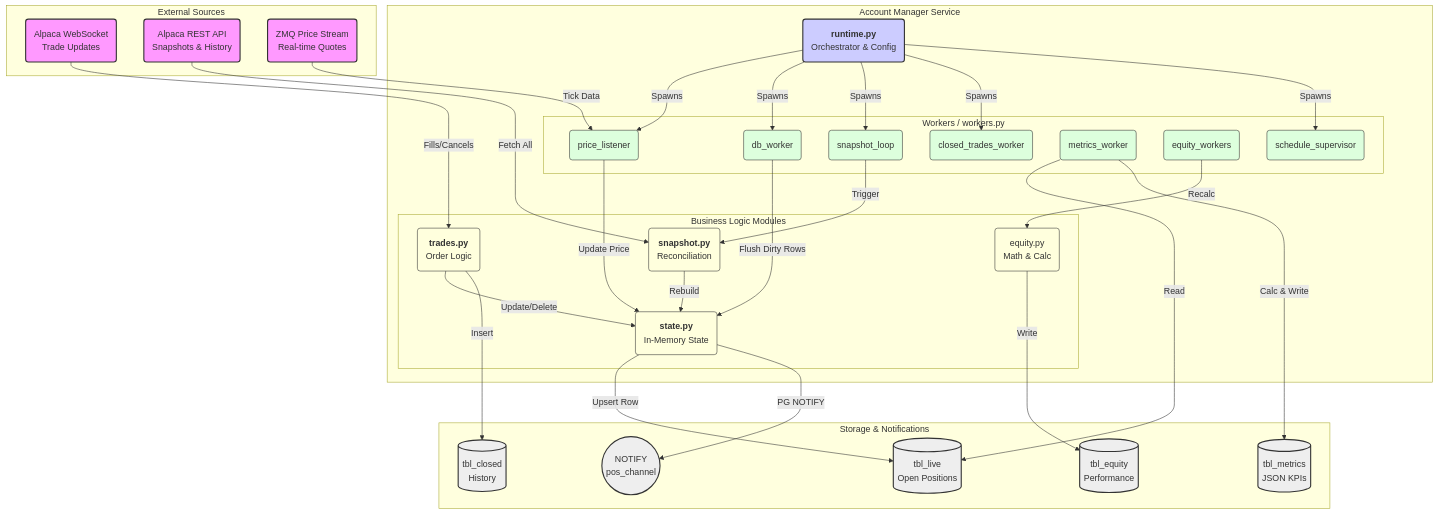
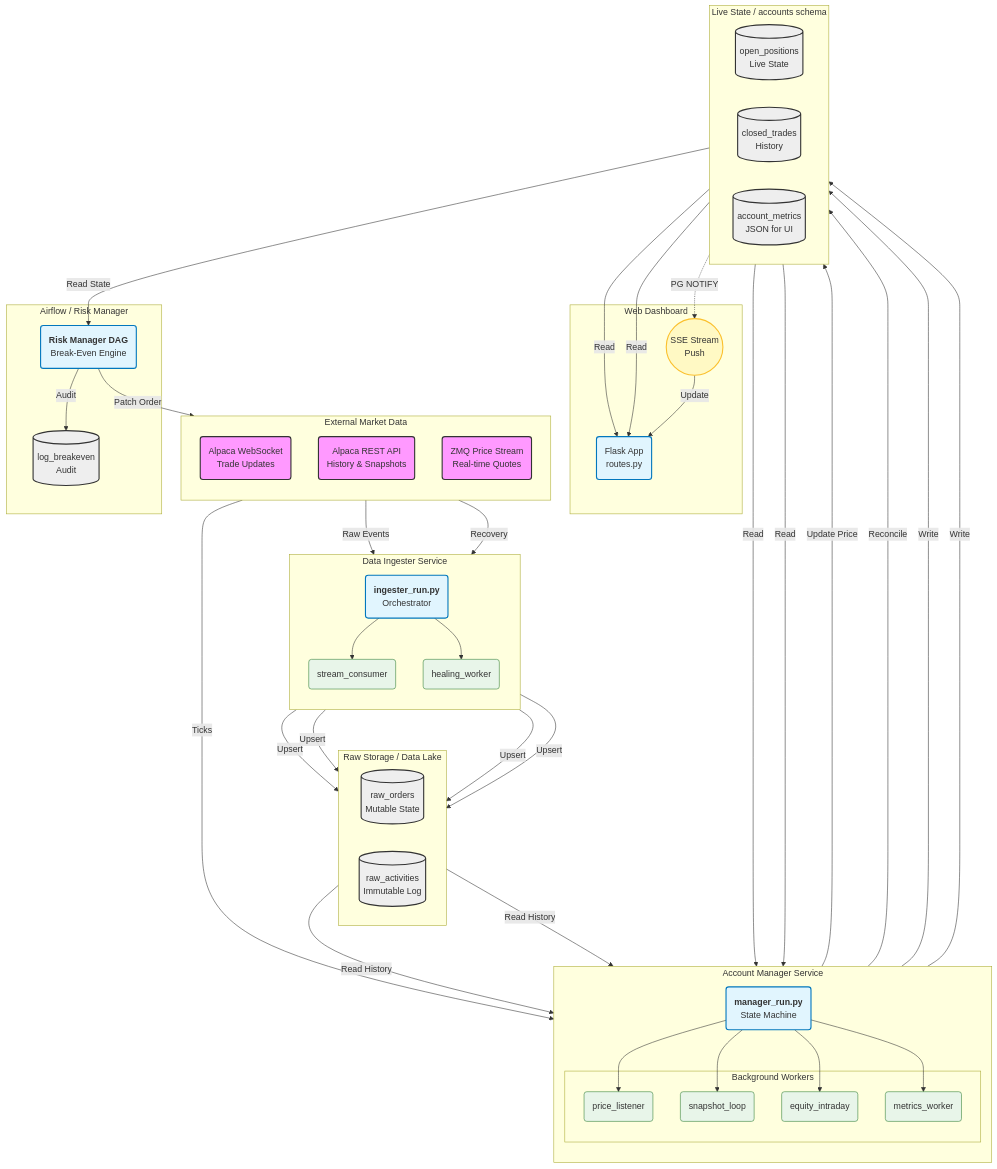
One commit to EvMossan/cold-harbor-manager changed the diagram in README.md. Above: the diagram before and after it, drawn with Mermaid.

Commit message:
modified:   README.md

````diff
--- a/README.md
+++ b/README.md
@@ -40,87 +40,103 @@
 ```mermaid
 graph TD
-    %% Node Styling
+    %% Global Styles
     classDef external fill:#f9f,stroke:#333,stroke-width:2px;
-    classDef core fill:#ccf,stroke:#333,stroke-width:2px;
-    classDef worker fill:#dfd,stroke:#333,stroke-width:1px;
-    classDef logic fill:#ffd,stroke:#333,stroke-width:1px;
-    classDef db fill:#eee,stroke:#333,stroke-width:2px;
+    classDef service fill:#e1f5fe,stroke:#0277bd,stroke-width:2px;
+    classDef worker fill:#e8f5e9,stroke:#2e7d32,stroke-width:1px;
+    classDef db fill:#eee,stroke:#333,stroke-width:2px,shape:cylinder;
+    classDef bus fill:#fff9c4,stroke:#fbc02d,stroke-width:2px,shape:rect;
 
-    %% --- EXTERNAL SOURCES ---
-    subgraph External_Sources [External Sources]
+    %% 1. EXTERNAL SOURCES
+    subgraph External [External Market Data]
+        direction TB
         AlpacaWS(Alpaca WebSocket<br/>Trade Updates)
-        AlpacaREST(Alpaca REST API<br/>Snapshots & History)
+        AlpacaREST(Alpaca REST API<br/>History & Snapshots)
         ZMQ(ZMQ Price Stream<br/>Real-time Quotes)
     end
 
-    %% --- ACCOUNT MANAGER SERVICE ---
-    subgraph Account_Manager_Service [Account Manager Service]
+    %% 2. INGESTION LAYER
+    subgraph Ingester_Layer [Data Ingester Service]
+        direction TB
+        IngesterRun(<b>ingester_run.py</b><br/>Orchestrator):::service
+        StreamWork(stream_consumer):::worker
+        HealWork(healing_worker):::worker
         
-        %% Entry Point
-        Runtime(<b>runtime.py</b><br/>Orchestrator & Config):::core
-
-        %% Background Tasks
-        subgraph Background_Workers [Workers / workers.py]
-            PriceList(price_listener):::worker
-            DBWork(db_worker):::worker
-            SnapLoop(snapshot_loop):::worker
-            ClosedSync(closed_trades_worker):::worker
-            Metrics(metrics_worker):::worker
-            Equity(equity_workers):::worker
-            SchedSup(schedule_supervisor):::worker
-        end
-
-        %% Business Logic
-        subgraph Core_Logic [Business Logic Modules]
-            Trades(<b>trades.py</b><br/>Order Logic):::logic
-            State(<b>state.py</b><br/>In-Memory State):::logic
-            Snapshot(<b>snapshot.py</b><br/>Reconciliation):::logic
-            EquityLogic(equity.py<br/>Math & Calc):::logic
-        end
+        IngesterRun --> StreamWork
+        IngesterRun --> HealWork
     end
 
-    %% --- STORAGE & UI ---
-    subgraph Storage_and_Output [Storage & Notifications]
-        TblLive[(tbl_live<br/>Open Positions)]:::db
-        TblClosed[(tbl_closed<br/>History)]:::db
-        TblEquity[(tbl_equity<br/>Performance)]:::db
-        TblMetrics[(tbl_metrics<br/>JSON KPIs)]:::db
-        ChanPos((NOTIFY<br/>pos_channel)):::db
+    %% 3. RAW STORAGE
+    subgraph Raw_DB [Raw Storage / Data Lake]
+        direction LR
+        RawOrders[(raw_orders<br/>Mutable State)]:::db
+        RawActs[(raw_activities<br/>Immutable Log)]:::db
     end
 
-    %% --- DATA FLOW ---
+    %% 4. MANAGER LAYER
+    subgraph Manager_Layer [Account Manager Service]
+        direction TB
+        MgrRun(<b>manager_run.py</b><br/>State Machine):::service
+        
+        subgraph Mgr_Workers [Background Workers]
+            PriceList(price_listener):::worker
+            SnapLoop(snapshot_loop):::worker
+            EquityWork(equity_intraday):::worker
+            MetricsWork(metrics_worker):::worker
+        end
+        
+        MgrRun --> PriceList
+        MgrRun --> SnapLoop
+        MgrRun --> EquityWork
+        MgrRun --> MetricsWork
+    end
+
+    %% 5. LIVE STORAGE
+    subgraph Live_DB [Live State / accounts schema]
+        direction LR
+        TblLive[(open_positions<br/>Live State)]:::db
+        TblClosed[(closed_trades<br/>History)]:::db
+        TblMetrics[(account_metrics<br/>JSON for UI)]:::db
+    end
+
+    %% 6. CONSUMERS: RISK & UI
+    subgraph Risk_Layer [Airflow / Risk Manager]
+        RiskDAG(<b>Risk Manager DAG</b><br/>Break-Even Engine):::service
+        LogRisk[(log_breakeven<br/>Audit)]:::db
+    end
+
+    subgraph Web_Layer [Web Dashboard]
+        Flask(Flask App<br/>routes.py):::service
+        SSE((SSE Stream<br/>Push)):::bus
+    end
+
+    %% CONNECTIONS (The Flow)
     
-    %% Startup
-    Runtime -->|Spawns| PriceList
-    Runtime -->|Spawns| DBWork
-    Runtime -->|Spawns| SnapLoop
-    Runtime -->|Spawns| ClosedSync
-    Runtime -->|Spawns| SchedSup
+    %% Ingestion Flow
+    AlpacaWS -->|Raw Events| StreamWork
+    AlpacaREST -->|Recovery| HealWork
+    StreamWork -->|Upsert| RawOrders & RawActs
+    HealWork -->|Upsert| RawOrders & RawActs
 
-    %% Price Stream (ZMQ)
-    ZMQ -->|Tick Data| PriceList
-    PriceList -->|Update Price| State
-    
-    %% Trade Stream (Alpaca WS)
-    AlpacaWS -->|Fills/Cancels| Trades
-    Trades -->|Update/Delete| State
-    Trades -->|Insert| TblClosed
-
-    %% Reconciliation (Alpaca REST)
-    AlpacaREST -->|Fetch All| Snapshot
-    SnapLoop -->|Trigger| Snapshot
-    Snapshot -->|Rebuild| State
-
-    %% DB Writes & Notifications
-    State -->|Upsert Row| TblLive
-    State -->|PG NOTIFY| ChanPos
-    DBWork -->|Flush Dirty Rows| State
+    %% Manager Flow
+    ZMQ -->|Ticks| PriceList
+    RawOrders & RawActs -->|Read History| SnapLoop
+    PriceList -->|Update Price| TblLive
+    SnapLoop -->|Reconcile| TblLive
     
     %% Metrics & Equity
-    Metrics -->|Read| TblLive
-    Metrics -->|Calc & Write| TblMetrics
-    Equity -->|Recalc| EquityLogic
-    EquityLogic -->|Write| TblEquity
+    TblLive -->|Read| EquityWork & MetricsWork
+    EquityWork -->|Write| TblLive
+    MetricsWork -->|Write| TblMetrics
+
+    %% Risk Flow
+    TblLive -->|Read State| RiskDAG
+    RiskDAG -->|Patch Order| AlpacaREST
+    RiskDAG -->|Audit| LogRisk
+
+    %% UI Flow
+    TblLive & TblMetrics -->|Read| Flask
+    TblLive -.->|PG NOTIFY| SSE
+    SSE -->|Update| Flask
 
     %% Apply Styles
     class AlpacaWS,AlpacaREST,ZMQ external;
````
